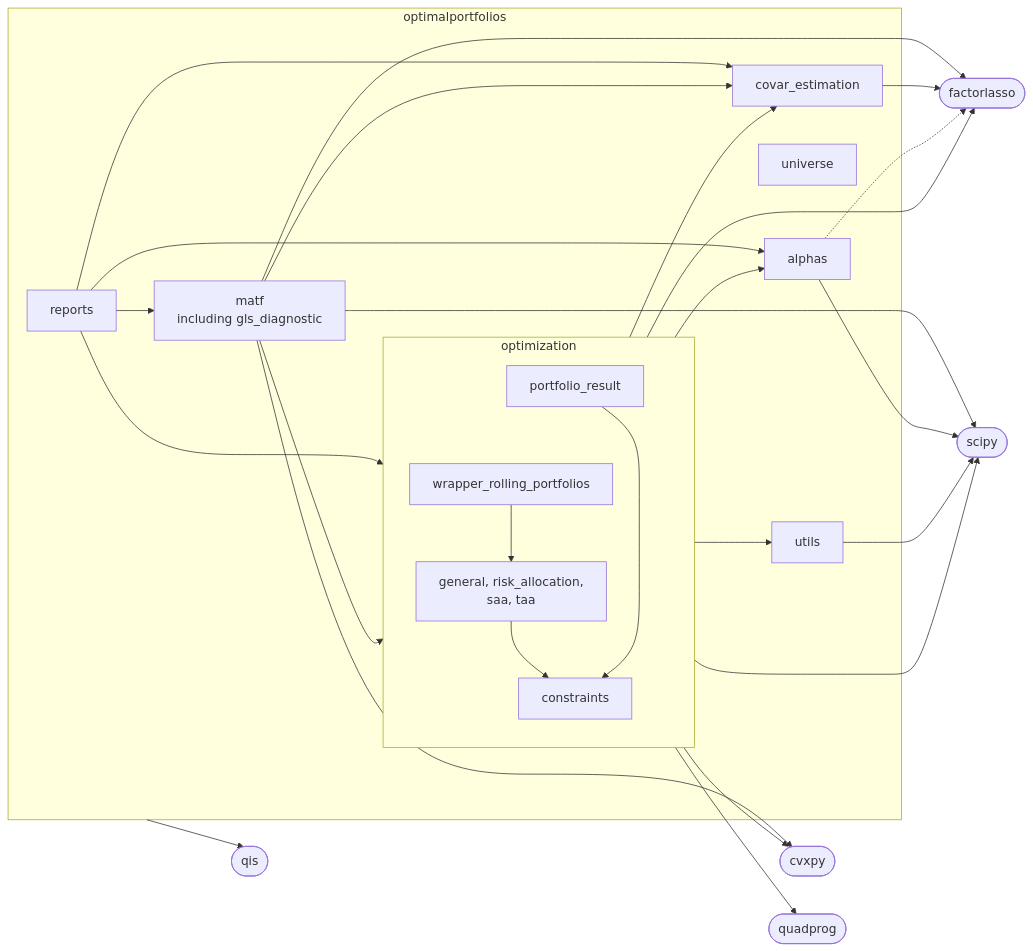
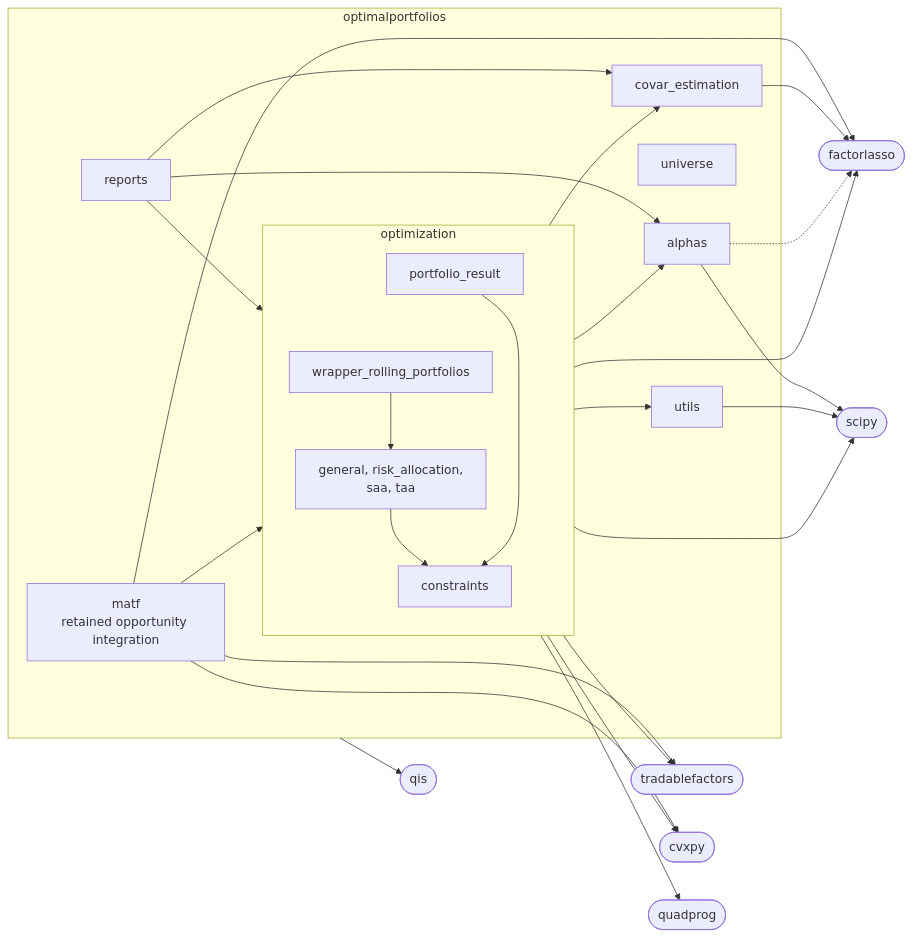
The second of 2 diagrams in docs/software_design.md (ArturSepp/OptimalPortfolios), drawn with Mermaid before and after one commit. The commit also changed other lines of this file and 117 other files, not shown here.

````diff
--- a/docs/software_design.md
+++ b/docs/software_design.md
@@ -85,33 +92,33 @@
 ```mermaid
 flowchart LR
     subgraph pkg ["optimalportfolios"]
         reports["reports"]
         subgraph optimization ["optimization"]
             direction TB
             result["portfolio_result"] ~~~ dispatcher["wrapper_rolling_portfolios"]
             dispatcher --> solvers["general, risk_allocation,<br/>saa, taa"] --> constraints["constraints"]
             result --> constraints
         end
         alphas["alphas"]
         covar["covar_estimation"]
-        matf["matf<br/>including gls_diagnostic"]
+        matf["matf<br/>retained opportunity integration"]
         universe["universe"]
         utils["utils"]
     end
     qis(["qis"])
     factorlasso(["factorlasso"])
+    tf(["tradablefactors"])
     cvxpy(["cvxpy"])
     scipy(["scipy"])
     quadprog(["quadprog"])
     reports --> optimization
     reports --> alphas & covar
-    reports --> matf
-    matf --> scipy & cvxpy & factorlasso & covar & optimization
+    matf --> tf & cvxpy & factorlasso & optimization
     optimization --> alphas & covar & utils
-    optimization --> factorlasso & cvxpy & scipy & quadprog
+    optimization --> tf & factorlasso & cvxpy & scipy & quadprog
     covar --> factorlasso
     alphas -.-> factorlasso
     alphas --> scipy
     utils --> scipy
     pkg --> qis
 ```
````
